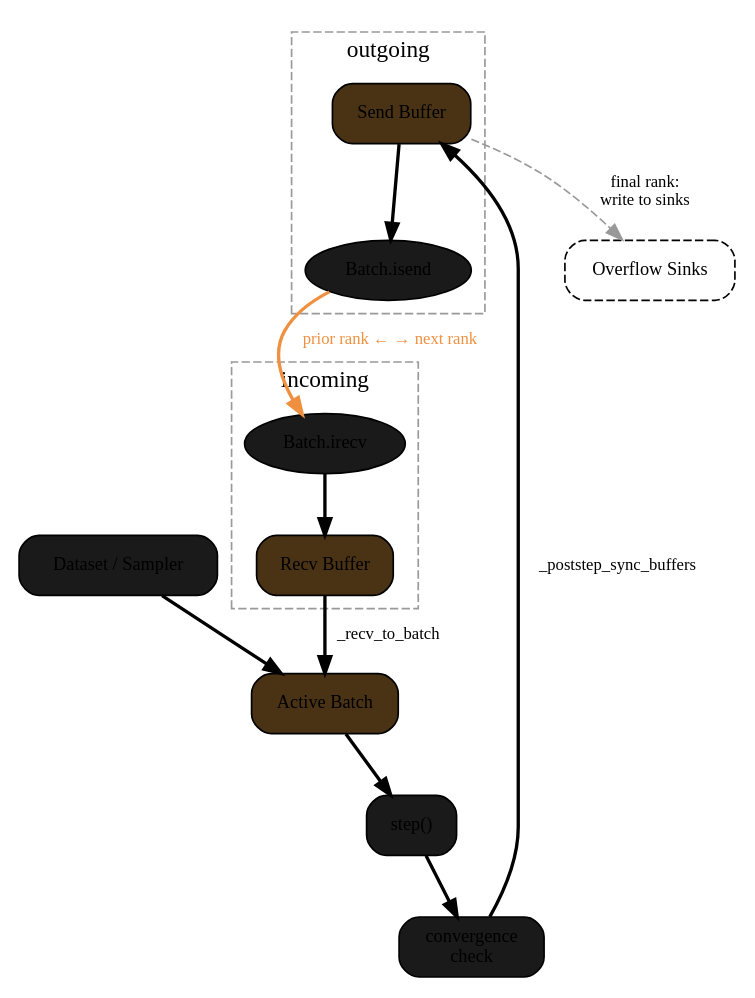
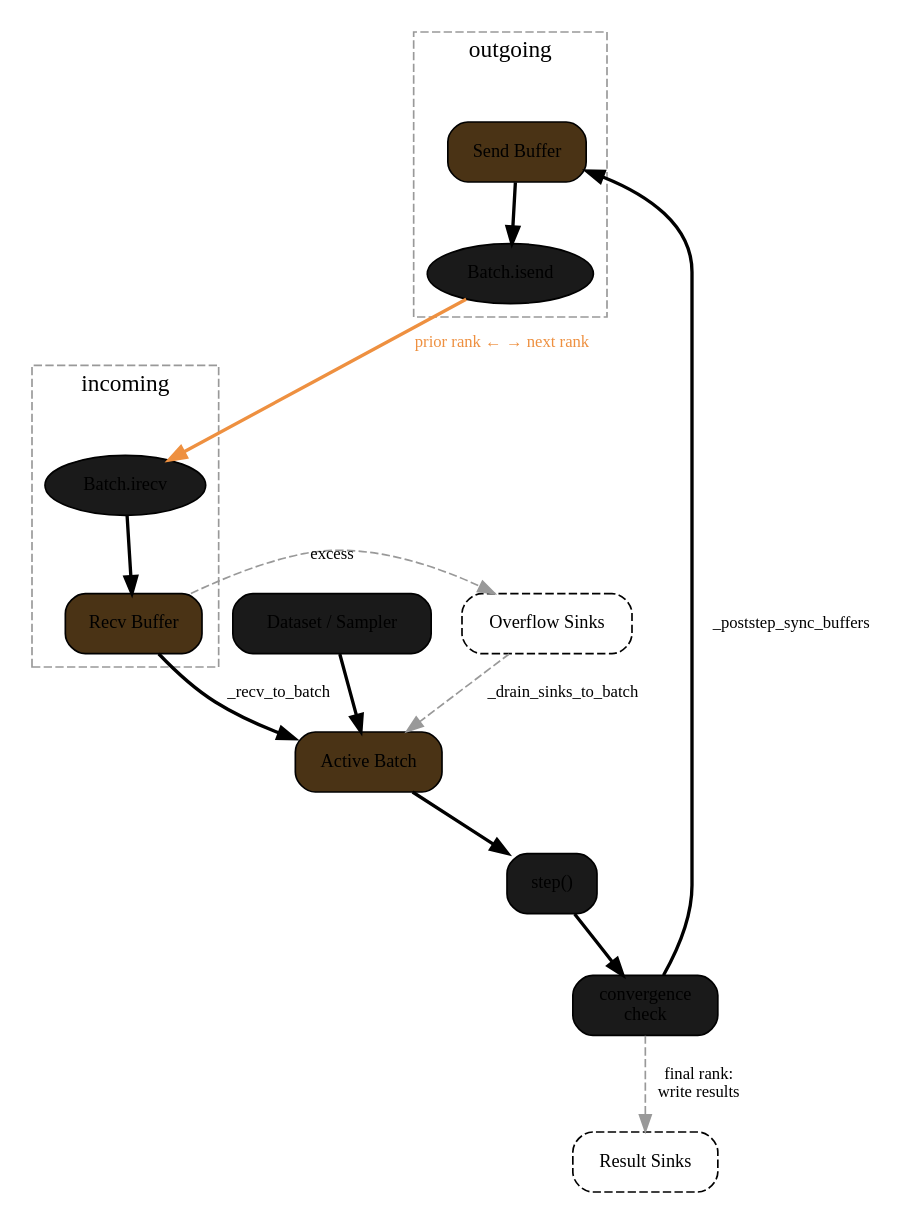
Before and after one commit to NVIDIA/nvalchemi-toolkit: the first of 4 diagrams in docs/modules/dynamics/buffers_and_data_flow.rst, drawn with Graphviz. The commit also changed other lines of this file and 6 other files, not shown here.

Commit message:
add overflow_sinks to separate from sinks

```diff
--- a/docs/modules/dynamics/buffers_and_data_flow.rst
+++ b/docs/modules/dynamics/buffers_and_data_flow.rst
@@ -41,44 +41,48 @@
 .. graphviz::
    :caption: Data flow through the three buffer layers.
 
    digraph buffer_layers {
        rankdir=TB
        compound=true
        node [fontsize=11 shape=box style="rounded,filled" fillcolor="#1a1a1a"]
        edge [fontsize=10]
 
        dataset [label="Dataset / Sampler" fillcolor="#1a1a1a"]
        batch   [label="Active Batch" fillcolor="#4a3315"]
        step    [label="step()"]
        conv    [label="convergence\ncheck"]
 
        dataset -> batch [style=bold]
        batch -> step -> conv [style=bold]
 
        subgraph cluster_send {
            label="outgoing"
            style=dashed
            color="#999999"
 
            send [label="Send Buffer" fillcolor="#4a3315"]
            isend [label="Batch.isend" shape=ellipse fillcolor="#1a1a1a"]
        }
 
        subgraph cluster_recv {
            label="incoming"
            style=dashed
            color="#999999"
 
            irecv [label="Batch.irecv" shape=ellipse fillcolor="#1a1a1a"]
            recv  [label="Recv Buffer" fillcolor="#4a3315"]
        }
 
        conv -> send [label="_poststep_sync_buffers" style=bold]
        send -> isend [style=bold]
        isend -> irecv [label="prior rank ← → next rank" style=bold color="#ee9040" fontcolor="#ee9040" penwidth=2]
        irecv -> recv [style=bold]
        recv -> batch [label="_recv_to_batch" style=bold]
 
-       sinks [label="Overflow Sinks" style="rounded,dashed" fillcolor=none]
-       send -> sinks [label="final rank:\nwrite to sinks" style=dashed color="#999999"]
+       overflow [label="Overflow Sinks" style="rounded,dashed" fillcolor=none]
+       recv -> overflow [label="excess" style=dashed color="#999999"]
+       overflow -> batch [label="_drain_sinks_to_batch" style=dashed color="#999999"]
+
+       sinks [label="Result Sinks" style="rounded,dashed" fillcolor=none]
+       conv -> sinks [label="final rank:\nwrite results" style=dashed color="#999999"]
    }
```
